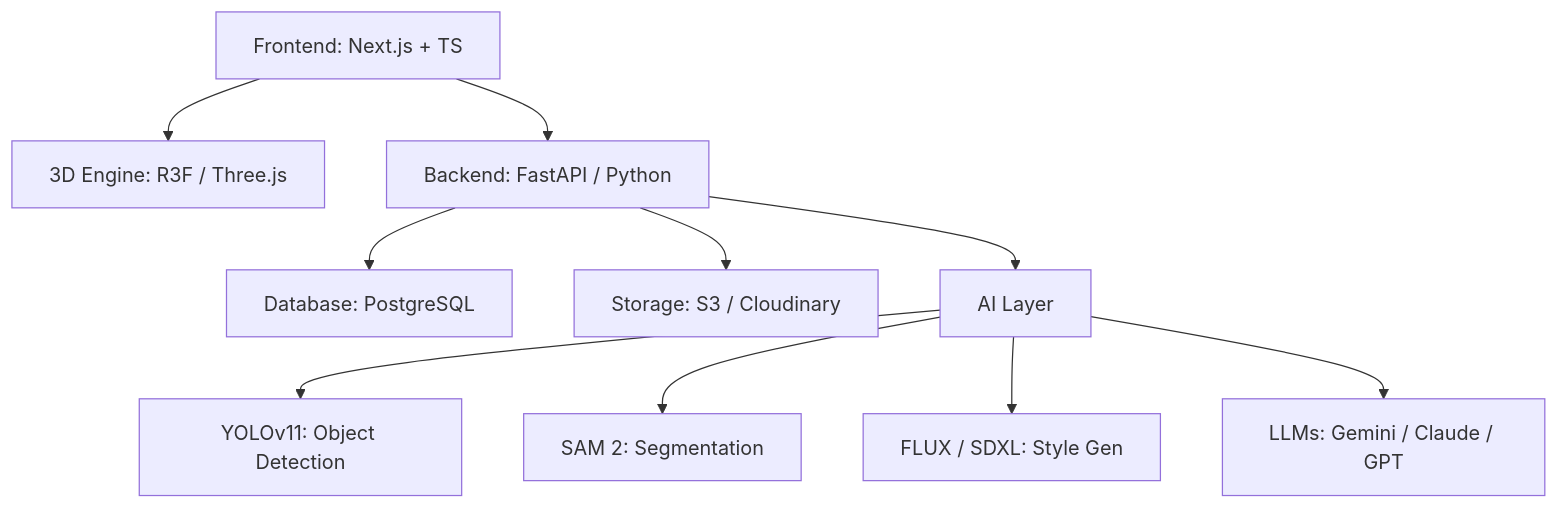
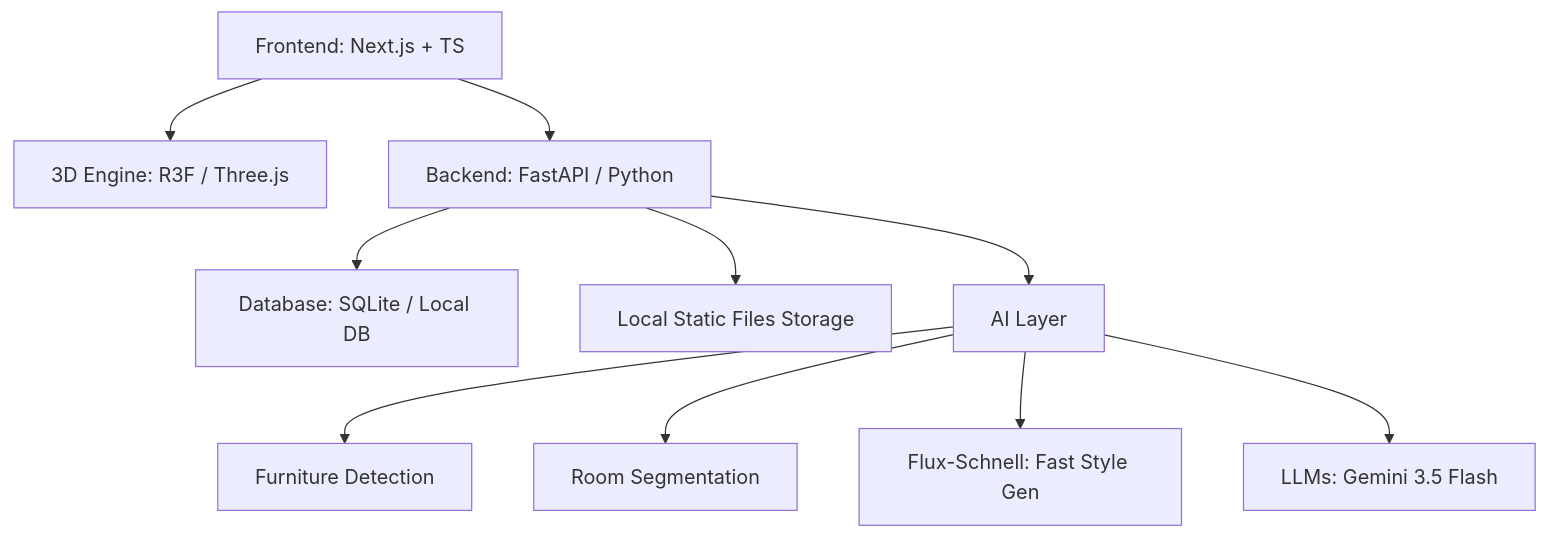
One commit to AnishaPaturi/HomeVerse changed the diagram in README.md. Above: the diagram before and after it, drawn with Mermaid. The commit also changed other lines of this file and 1 other file, not shown here.

Commit message:
v5.6 : feat: Refactor keydown event handling for object deletion in StudioContent

````diff
--- a/README.md
+++ b/README.md
@@ -112,12 +120,12 @@
 ```mermaid
 graph TD
     A[Frontend: Next.js + TS] --> B[3D Engine: R3F / Three.js]
     A --> C[Backend: FastAPI / Python]
-    C --> D[Database: PostgreSQL]
-    C --> E[Storage: S3 / Cloudinary]
+    C --> D[Database: SQLite / Local DB]
+    C --> E[Local Static Files Storage]
     C --> F[AI Layer]
-    F --> F1[YOLOv11: Object Detection]
-    F --> F2[SAM 2: Segmentation]
-    F --> F3[FLUX / SDXL: Style Gen]
-    F --> F4[LLMs: Gemini / Claude / GPT]
+    F --> F1[Furniture Detection]
+    F --> F2[Room Segmentation]
+    F --> F3[Flux-Schnell: Fast Style Gen]
+    F --> F4[LLMs: Gemini 3.5 Flash]
 ```
````
